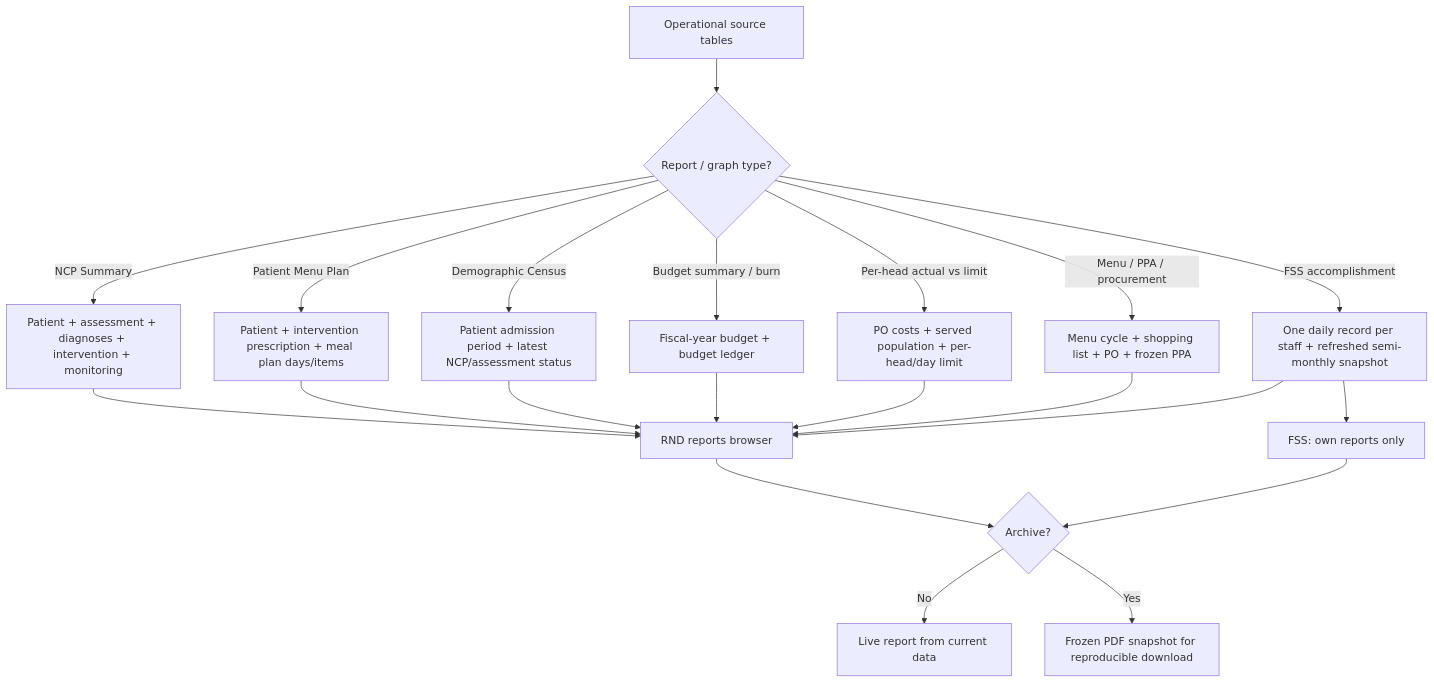
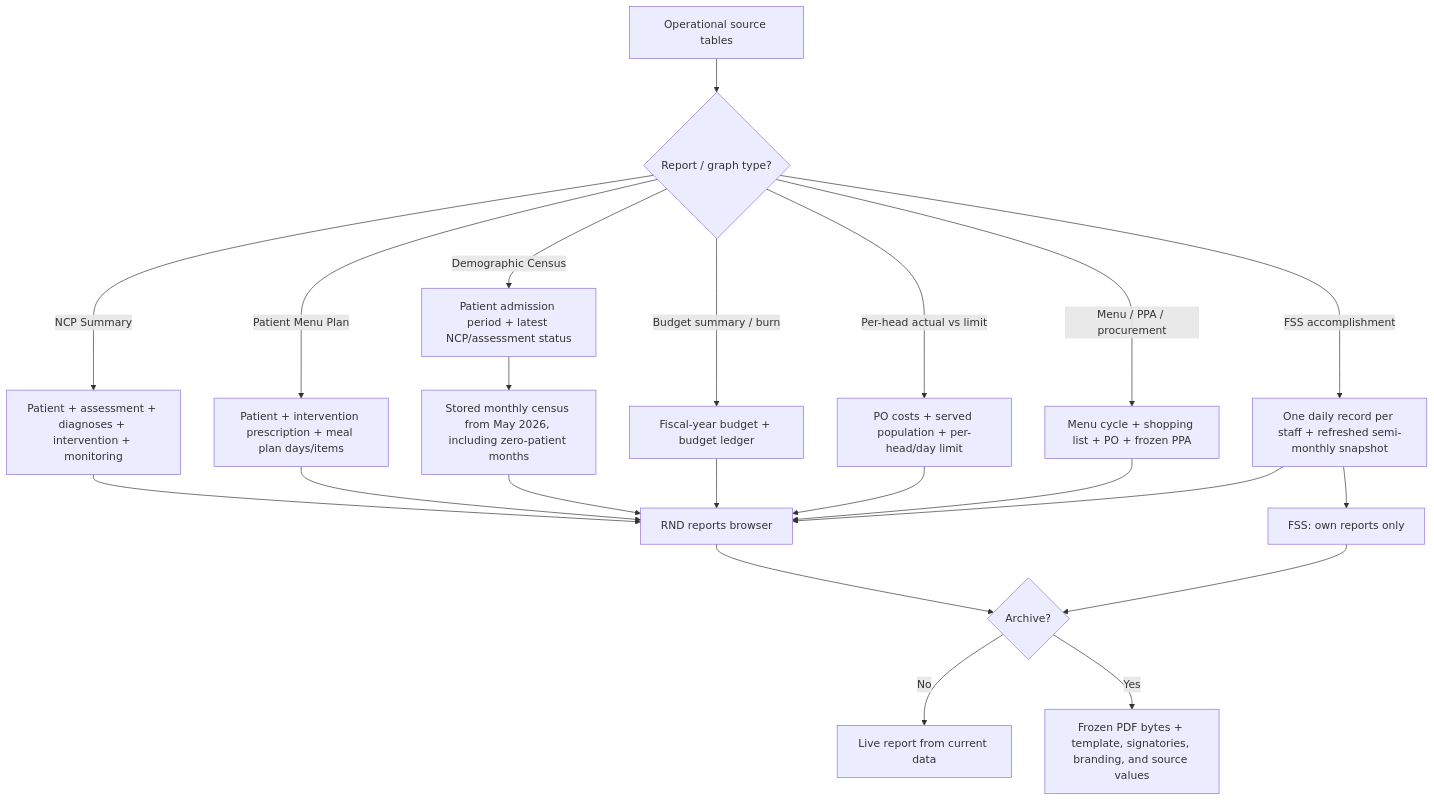
The eighth of 9 diagrams in docs/module-workflow-flowchart.md (ja2gc/Nutriscope), drawn with Mermaid before and after one commit. The commit also changed other lines of this file and 2 other files, not shown here.

Commit message:
docs: update reports and procurement flow

````diff
--- a/docs/module-workflow-flowchart.md
+++ b/docs/module-workflow-flowchart.md
@@ -270,25 +270,26 @@
 ```mermaid
 flowchart TD
     A["Operational source tables"] --> B{"Report / graph type?"}
     B -->|"NCP Summary"| C["Patient + assessment + diagnoses + intervention + monitoring"]
     B -->|"Patient Menu Plan"| D["Patient + intervention prescription + meal plan days/items"]
     B -->|"Demographic Census"| E["Patient admission period + latest NCP/assessment status"]
     B -->|"Budget summary / burn"| F["Fiscal-year budget + budget ledger"]
     B -->|"Per-head actual vs limit"| G["PO costs + served population + per-head/day limit"]
     B -->|"Menu / PPA / procurement"| H["Menu cycle + shopping list + PO + frozen PPA"]
     B -->|"FSS accomplishment"| I["One daily record per staff + refreshed semi-monthly snapshot"]
 
     C --> J["RND reports browser"]
     D --> J
-    E --> J
+    E --> O["Stored monthly census from May 2026, including zero-patient months"]
+    O --> J
     F --> J
     G --> J
     H --> J
     I --> J
     I --> K["FSS: own reports only"]
 
     J --> L{"Archive?"}
     K --> L
     L -->|"No"| M["Live report from current data"]
-    L -->|"Yes"| N["Frozen PDF snapshot for reproducible download"]
+    L -->|"Yes"| N["Frozen PDF bytes + template, signatories, branding, and source values"]
 ```
````
